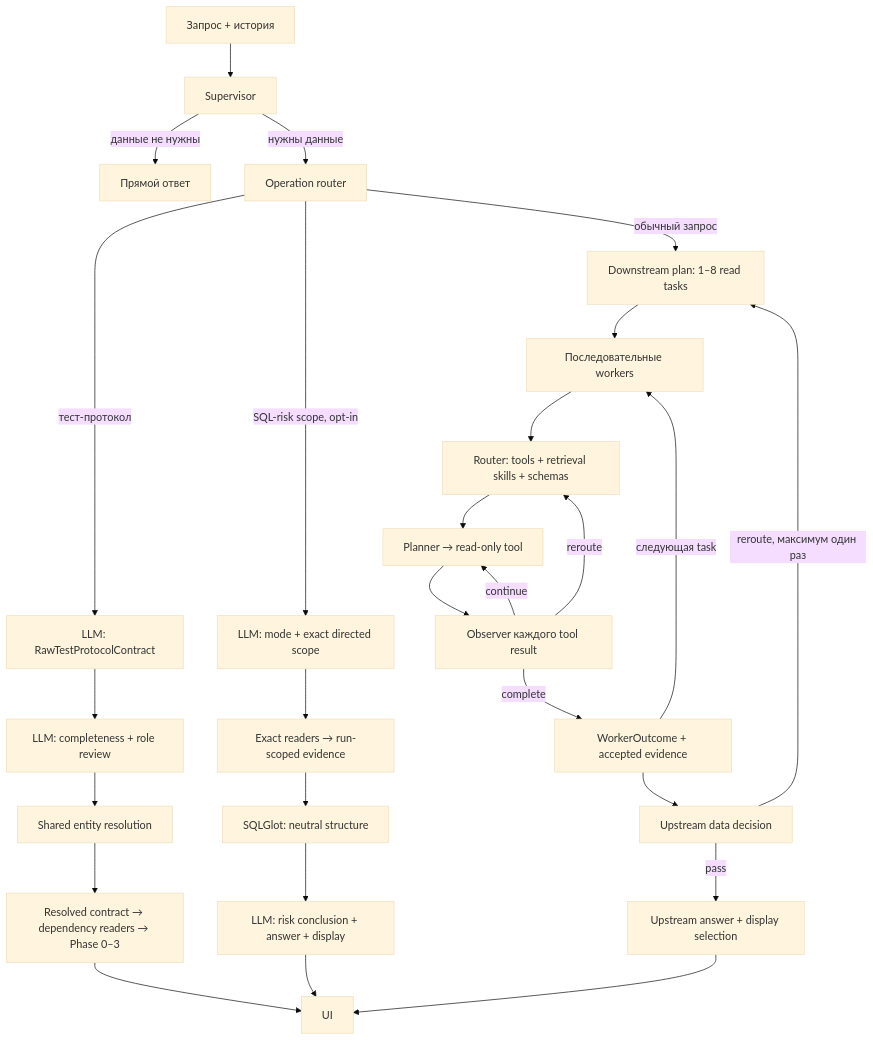
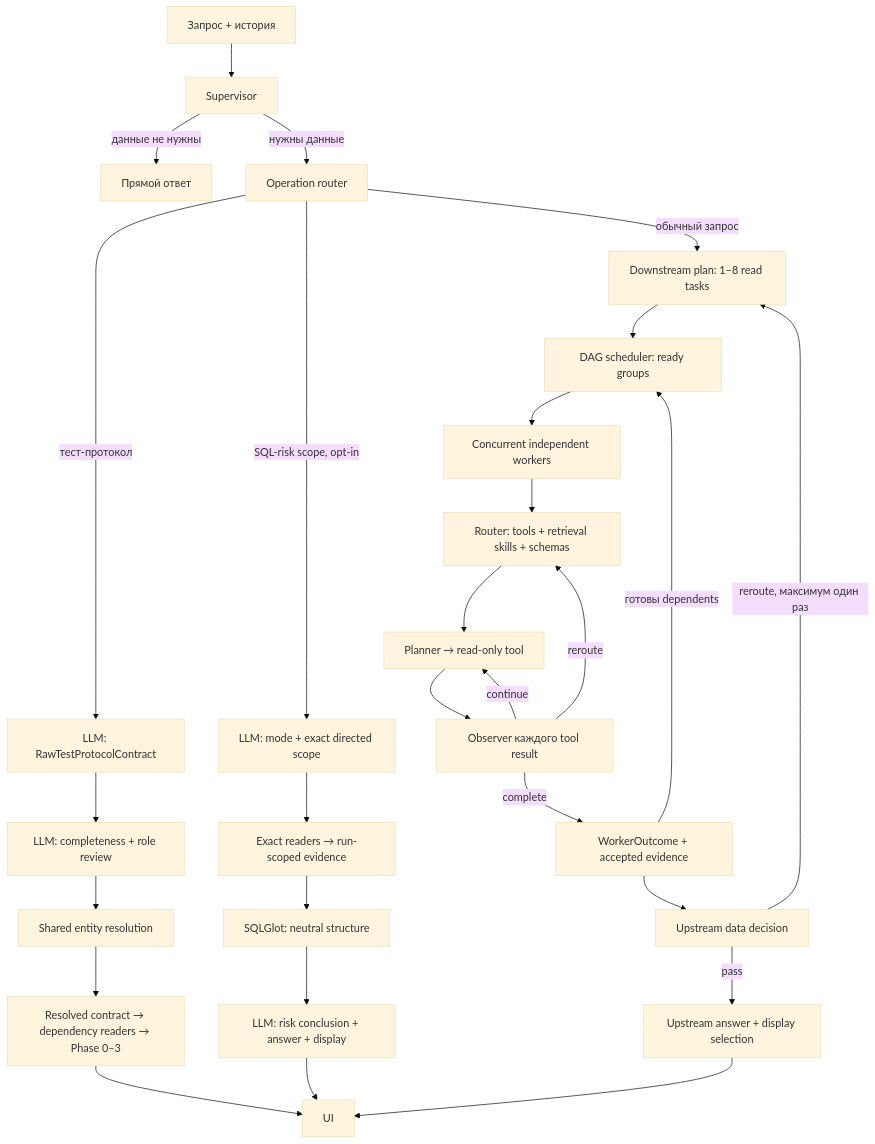
The second of 2 diagrams in README.md (Xpehutta/ETL-S2T-Parser), drawn with Mermaid (base theme) before and after one commit. The commit also changed other lines of this file and 32 other files, not shown here.

````diff
--- a/README.md
+++ b/README.md
@@ -65,29 +66,30 @@
 ```mermaid
 flowchart TD
     Q["Запрос + история"] --> S["Supervisor"]
     S -->|данные не нужны| A["Прямой ответ"]
     S -->|нужны данные| OR["Operation router"]
     OR -->|обычный запрос| C["Downstream plan: 1–8 read tasks"]
-    C --> W["Последовательные workers"]
+    C --> D["DAG scheduler: ready groups"]
+    D --> W["Concurrent independent workers"]
     W --> R["Router: tools + retrieval skills + schemas"]
     R --> P["Planner → read-only tool"]
     P --> O["Observer каждого tool result"]
     O -->|continue| P
     O -->|reroute| R
     O -->|complete| F["WorkerOutcome + accepted evidence"]
-    F -->|следующая task| W
+    F -->|готовы dependents| D
     F --> U["Upstream data decision"]
     U -->|reroute, максимум один раз| C
     U -->|pass| UA["Upstream answer + display selection"]
     OR -->|тест-протокол| VRAW["LLM: RawTestProtocolContract"]
     VRAW --> VREV["LLM: completeness + role review"]
     VREV --> VRES["Shared entity resolution"]
     VRES --> VC["Resolved contract → dependency readers → Phase 0–3"]
     OR -->|SQL-risk scope, opt-in| SX["LLM: mode + exact directed scope"]
     SX --> SR["Exact readers → run-scoped evidence"]
     SR --> SS["SQLGlot: neutral structure"]
     SS --> SA["LLM: risk conclusion + answer + display"]
     VC --> UI
     SA --> UI
     UA --> UI
 ```
````
